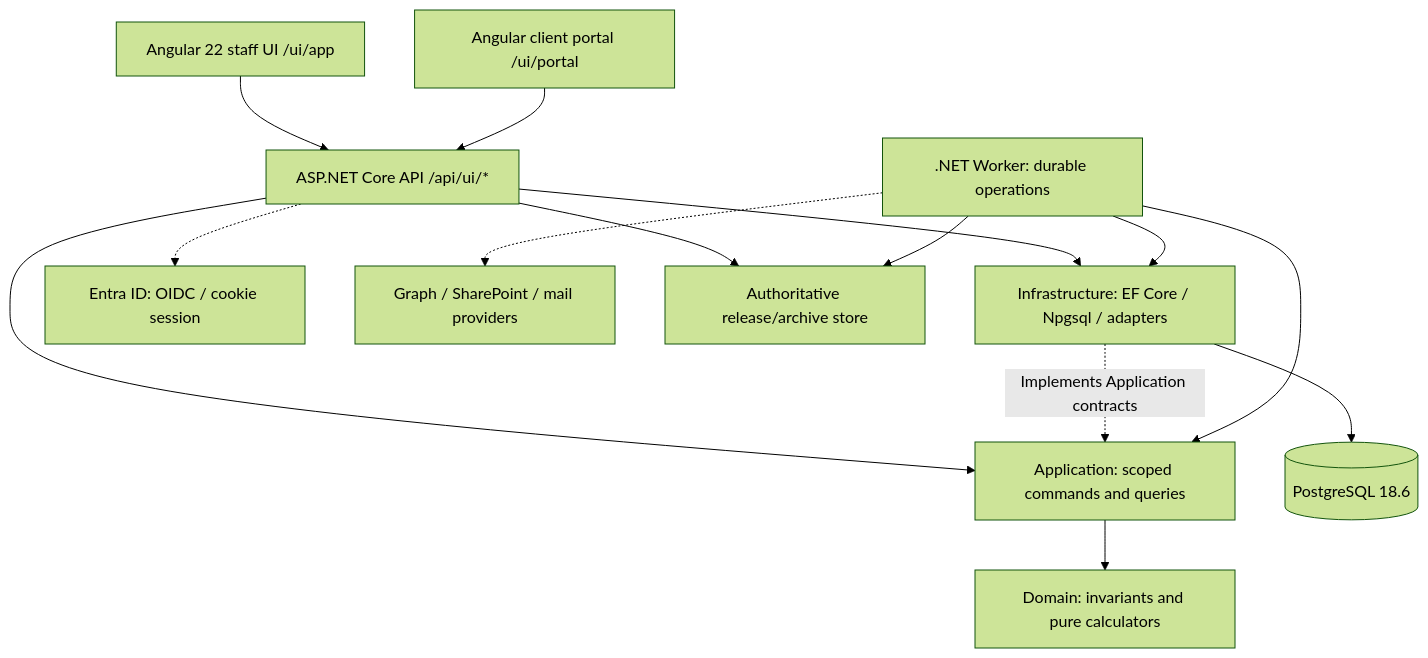
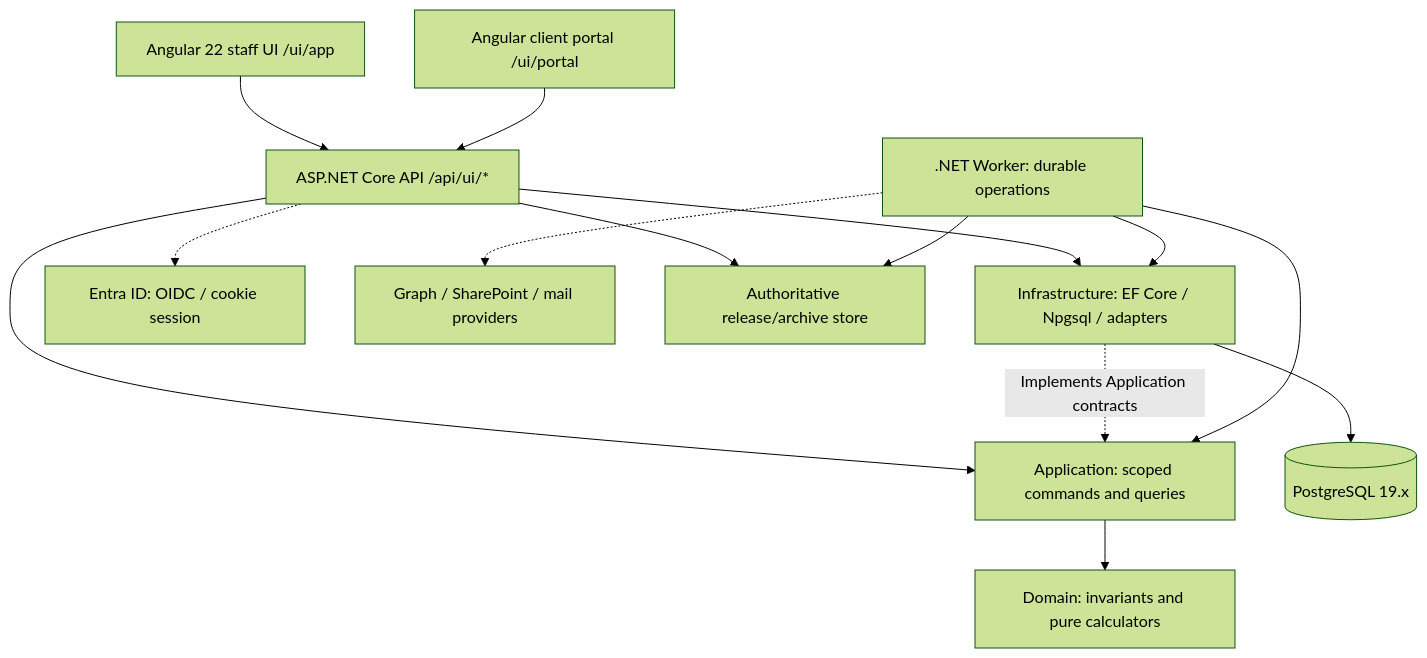
One commit to nirzaf/AuditSphere changed the fourth of 4 diagrams in README.md. Above: the diagram before and after it, drawn with Mermaid (forest theme). The commit also changed other lines of this file and 30 other files, not shown here.

Commit message:
Prepare PostgreSQL 19 rollout candidate

````diff
--- a/README.md
+++ b/README.md
@@ -194,16 +194,16 @@
 ```mermaid
 flowchart TB
     STAFF["Angular 22 staff UI /ui/app"] --> API["ASP.NET Core API /api/ui/*"]
     CLIENT["Angular client portal /ui/portal"] --> API
     API --> APP["Application: scoped commands and queries"]
     APP --> DOMAIN["Domain: invariants and pure calculators"]
     API --> INF["Infrastructure: EF Core / Npgsql / adapters"]
     INF -.->|"Implements Application contracts"| APP
-    INF --> DB[("PostgreSQL 18.6")]
+    INF --> DB[("PostgreSQL 19.x")]
     WORKER[".NET Worker: durable operations"] --> APP
     WORKER --> INF
     API -.-> ENTRA["Entra ID: OIDC / cookie session"]
     WORKER -.-> M365["Graph / SharePoint / mail providers"]
     API --> ARCHIVE["Authoritative release/archive store"]
     WORKER --> ARCHIVE
 ```
````
